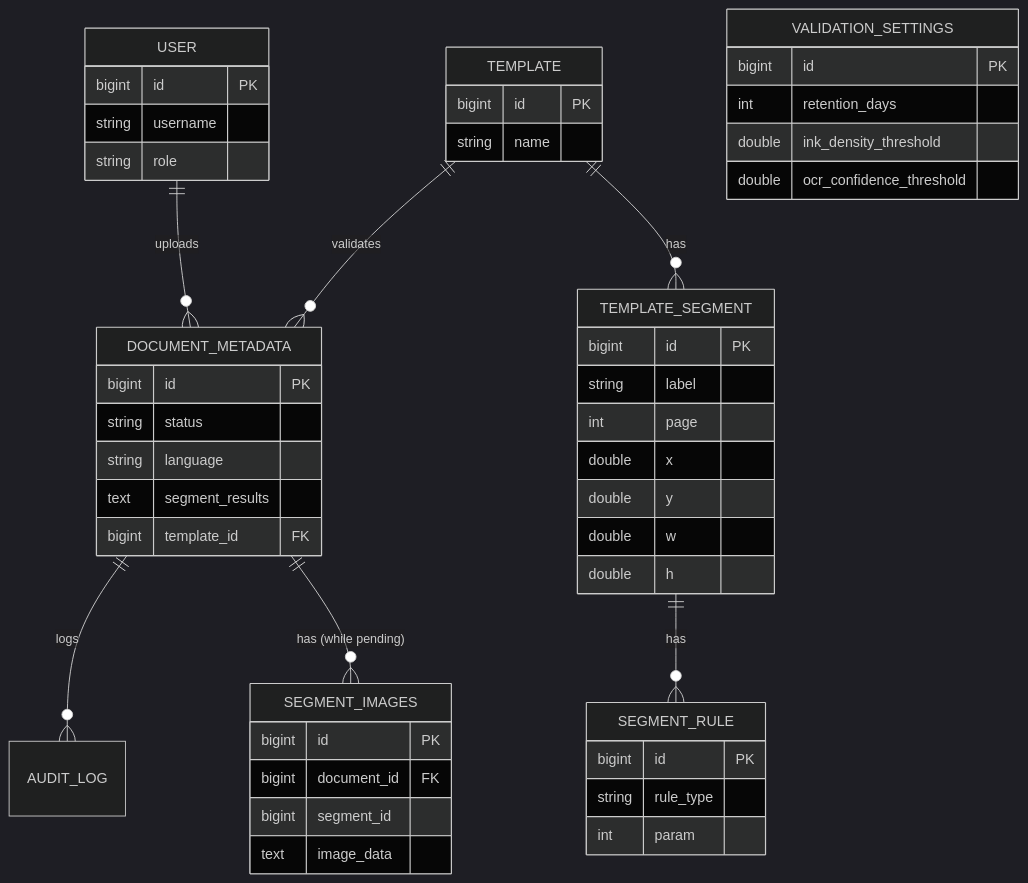
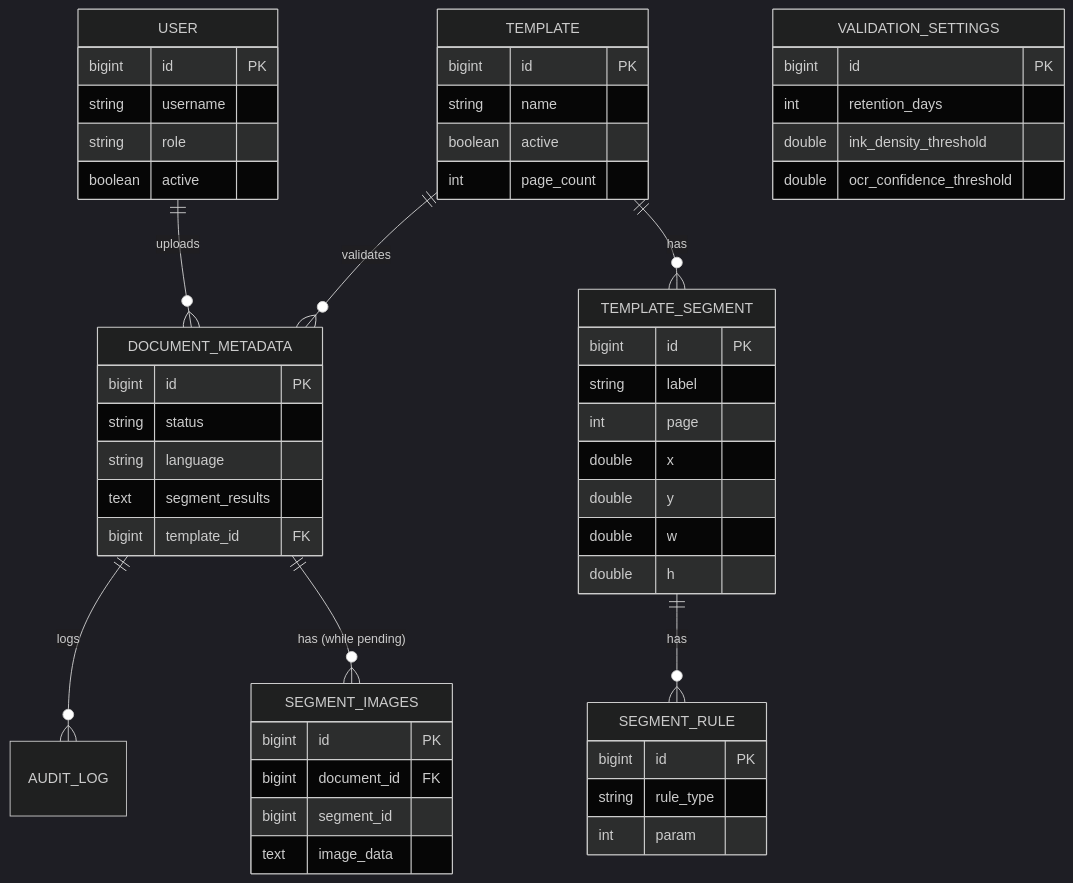
The fourth of 4 diagrams in SDD.md (pelinevleksiz/validdoc), drawn with Mermaid (dark theme) before and after one commit. The commit also changed other lines of this file and 2 other files, not shown here.

````diff
--- a/SDD.md
+++ b/SDD.md
@@ -96,52 +96,55 @@
 ```mermaid
 erDiagram
     USER ||--o{ DOCUMENT_METADATA : uploads
     TEMPLATE ||--o{ TEMPLATE_SEGMENT : has
     TEMPLATE_SEGMENT ||--o{ SEGMENT_RULE : has
     TEMPLATE ||--o{ DOCUMENT_METADATA : validates
     DOCUMENT_METADATA ||--o{ AUDIT_LOG : logs
     DOCUMENT_METADATA ||--o{ SEGMENT_IMAGES : "has (while pending)"
 
     USER {
         bigint id PK
         string username
         string role
+        boolean active
     }
     TEMPLATE {
         bigint id PK
         string name
+        boolean active
+        int page_count
     }
     TEMPLATE_SEGMENT {
         bigint id PK
         string label
         int page
         double x
         double y
         double w
         double h
     }
     SEGMENT_RULE {
         bigint id PK
         string rule_type
         int param
     }
     DOCUMENT_METADATA {
         bigint id PK
         string status
         string language
         text segment_results
         bigint template_id FK
     }
     SEGMENT_IMAGES {
         bigint id PK
         bigint document_id FK
         bigint segment_id
         text image_data
     }
     VALIDATION_SETTINGS {
         bigint id PK
         int retention_days
         double ink_density_threshold
         double ocr_confidence_threshold
     }
 ```
````
